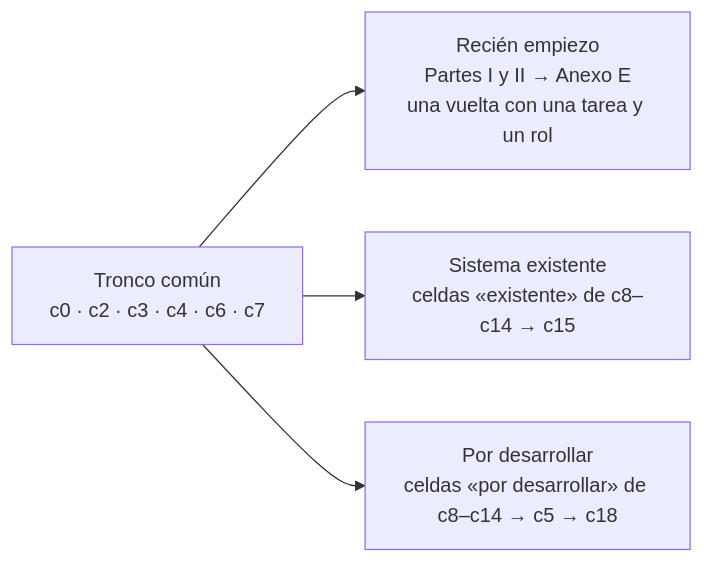
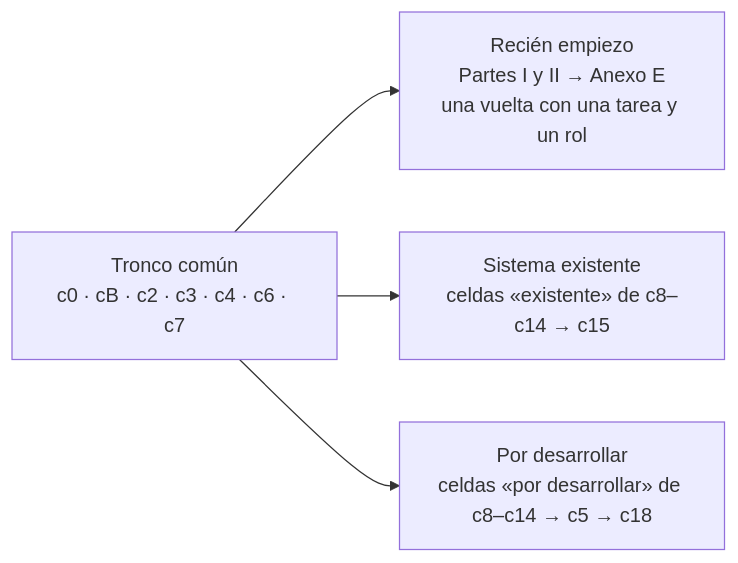
Before and after one commit to hdcm-dev/Lab-Documentos: the second of 27 diagrams in Guides/IA/Dot-Net-Integration-AI-Layer-Guide/Conversational-Design-Framework-Guide.md, drawn with Mermaid. The commit also changed other lines of this file and 6 other files, not shown here.

````diff
--- a/Guides/IA/Dot-Net-Integration-AI-Layer-Guide/Conversational-Design-Framework-Guide.md
+++ b/Guides/IA/Dot-Net-Integration-AI-Layer-Guide/Conversational-Design-Framework-Guide.md
@@ -102,6 +106,6 @@
 ```mermaid
 flowchart LR
-  T["Tronco común<br/>c0 · c2 · c3 · c4 · c6 · c7"] --> R1["Recién empiezo<br/>Partes I y II → Anexo E<br/>una vuelta con una tarea y un rol"]
+  T["Tronco común<br/>c0 · cB · c2 · c3 · c4 · c6 · c7"] --> R1["Recién empiezo<br/>Partes I y II → Anexo E<br/>una vuelta con una tarea y un rol"]
   T --> R2["Sistema existente<br/>celdas «existente» de c8–c14 → c15"]
   T --> R3["Por desarrollar<br/>celdas «por desarrollar» de c8–c14 → c5 → c18"]
 ```
````
